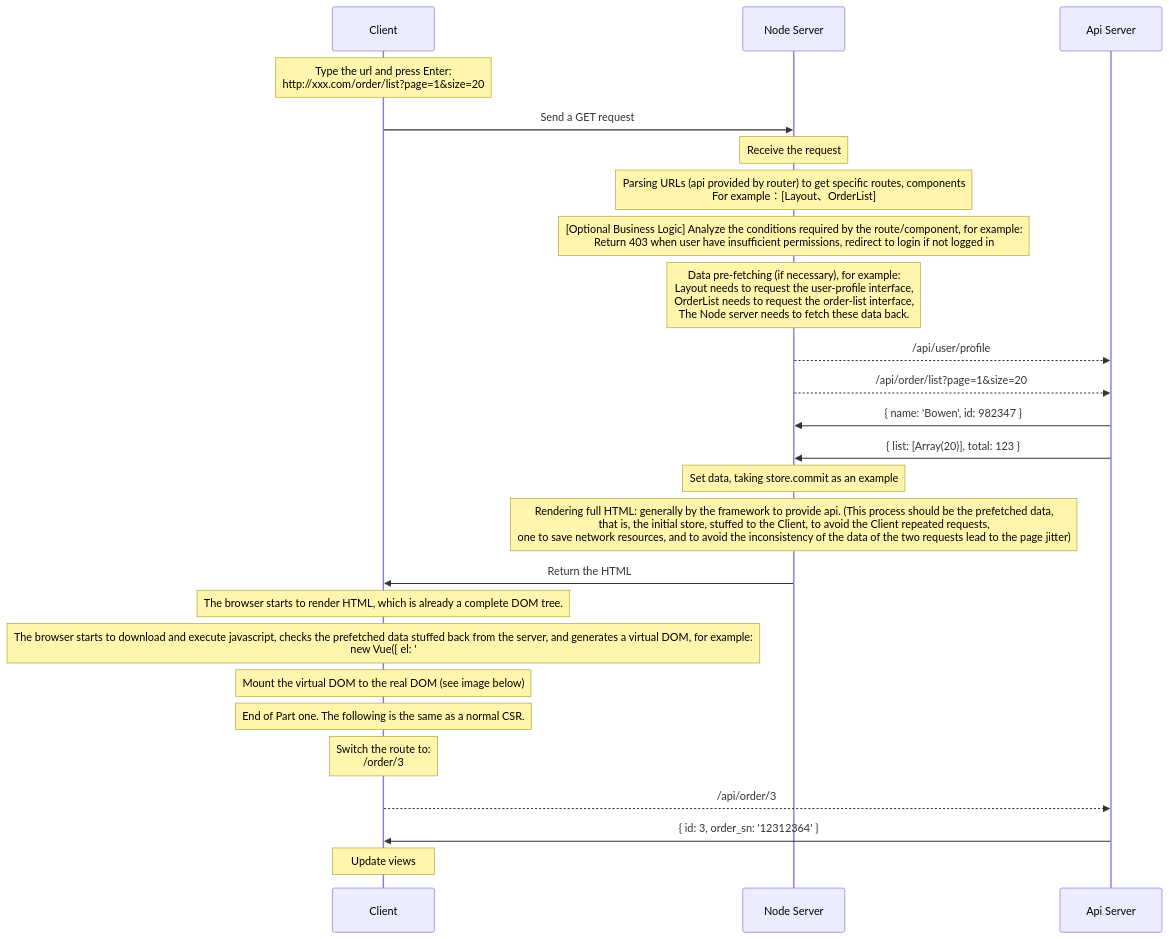
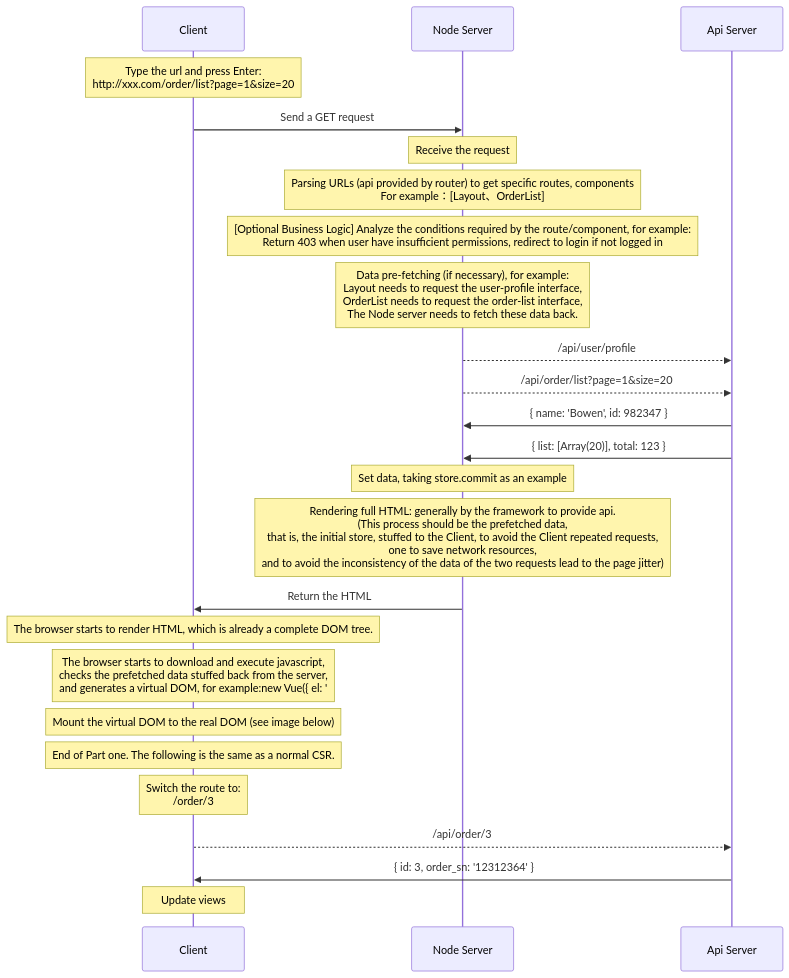
The first of 2 diagrams in src/content/blog/ssr-rationale.md (bowencool/blog), drawn with Mermaid before and after one commit. The commit also changed other lines of this file, not shown here.

Commit message:
content update

````diff
--- a/src/content/blog/ssr-rationale.md
+++ b/src/content/blog/ssr-rationale.md
@@ -53,25 +53,25 @@
 ```mermaid
 sequenceDiagram
 Note over Client: Type the url and press Enter: <br>http://xxx.com/order/list?page=1&size=20
 Client ->> Node Server: Send a GET request
 Note over Node Server: Receive the request
 Note over Node Server: Parsing URLs (api provided by router) to get specific routes, components<br>For example：[Layout、OrderList]
 Note over Node Server: [Optional Business Logic] Analyze the conditions required by the route/component, for example: <br>Return 403 when user have insufficient permissions, redirect to login if not logged in
 Note over Node Server: Data pre-fetching (if necessary), for example:<br>Layout needs to request the user-profile interface,<br>OrderList needs to request the order-list interface,<br>The Node server needs to fetch these data back.
 Node Server-->>Api Server: /api/user/profile
 Node Server-->>Api Server: /api/order/list?page=1&size=20
 Api Server->>Node Server: { name: 'Bowen', id: 982347 }
 Api Server->>Node Server: { list: [Array(20)], total: 123 }
 
 Note over Node Server: Set data, taking store.commit as an example
-Note over Node Server: Rendering full HTML: generally by the framework to provide api. (This process should be the prefetched data,<br>that is, the initial store, stuffed to the Client, to avoid the Client repeated requests,<br>one to save network resources, and to avoid the inconsistency of the data of the two requests lead to the page jitter)
+Note over Node Server: Rendering full HTML: generally by the framework to provide api.<br>(This process should be the prefetched data, <br>that is, the initial store, stuffed to the Client, to avoid the Client repeated requests,<br>one to save network resources, <br>and to avoid the inconsistency of the data of the two requests lead to the page jitter)
 Node Server->>Client: Return the HTML
 Note over Client: The browser starts to render HTML, which is already a complete DOM tree.
-Note over Client: The browser starts to download and execute javascript, checks the prefetched data stuffed back from the server, and generates a virtual DOM, for example:<br>new Vue({ el: '#app' })
+Note over Client: The browser starts to download and execute javascript,<br>checks the prefetched data stuffed back from the server, <br>and generates a virtual DOM, for example:new Vue({ el: '#app' })
 Note over Client: Mount the virtual DOM to the real DOM (see image below)
 Note over Client: End of Part one. The following is the same as a normal CSR.
 Note over Client: Switch the route to:<br>/order/3
 Client-->>Api Server: /api/order/3
 Api Server->>Client: { id: 3, order_sn: '12312364' }
 Note over Client: Update views
 ```
````
